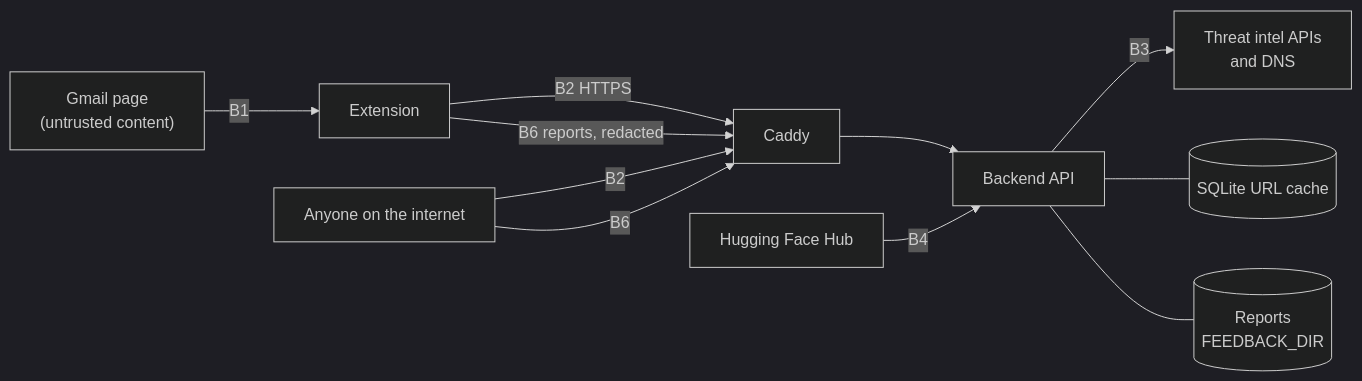
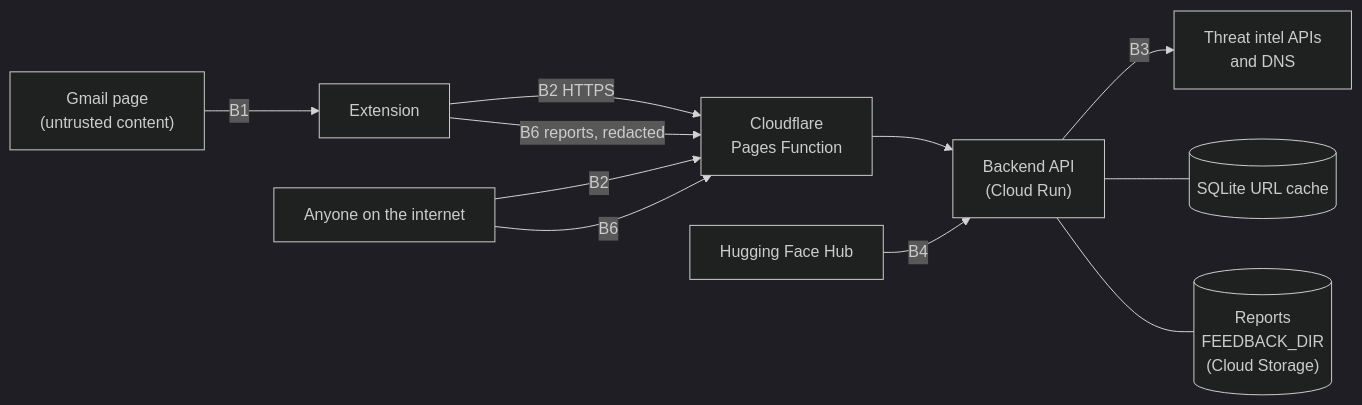
The diagram in docs/threat-model.md (AnzouK/PhishLens), drawn with Mermaid (dark theme) before and after one commit. The commit also changed other lines of this file and 42 other files, not shown here.

Commit message:
Docs: describe the new hosting (Cloudflare Pages + Google Cloud Run)

````diff
--- a/docs/threat-model.md
+++ b/docs/threat-model.md
@@ -23,12 +23,12 @@
 ```mermaid
 flowchart LR
     U["Gmail page<br/>(untrusted content)"] -->|B1| E["Extension"]
-    E -->|B2 HTTPS| P["Caddy"] --> A["Backend API"]
+    E -->|B2 HTTPS| P["Cloudflare<br/>Pages Function"] --> A["Backend API<br/>(Cloud Run)"]
     X["Anyone on the internet"] -->|B2| P
     A -->|B3| I["Threat intel APIs<br/>and DNS"]
     H["Hugging Face Hub"] -->|B4| A
     A --- C[("SQLite URL cache")]
     E -->|B6 reports, redacted| P
     X -->|B6| P
-    A --- F[("Reports<br/>FEEDBACK_DIR")]
+    A --- F[("Reports<br/>FEEDBACK_DIR<br/>(Cloud Storage)")]
 ```
````
